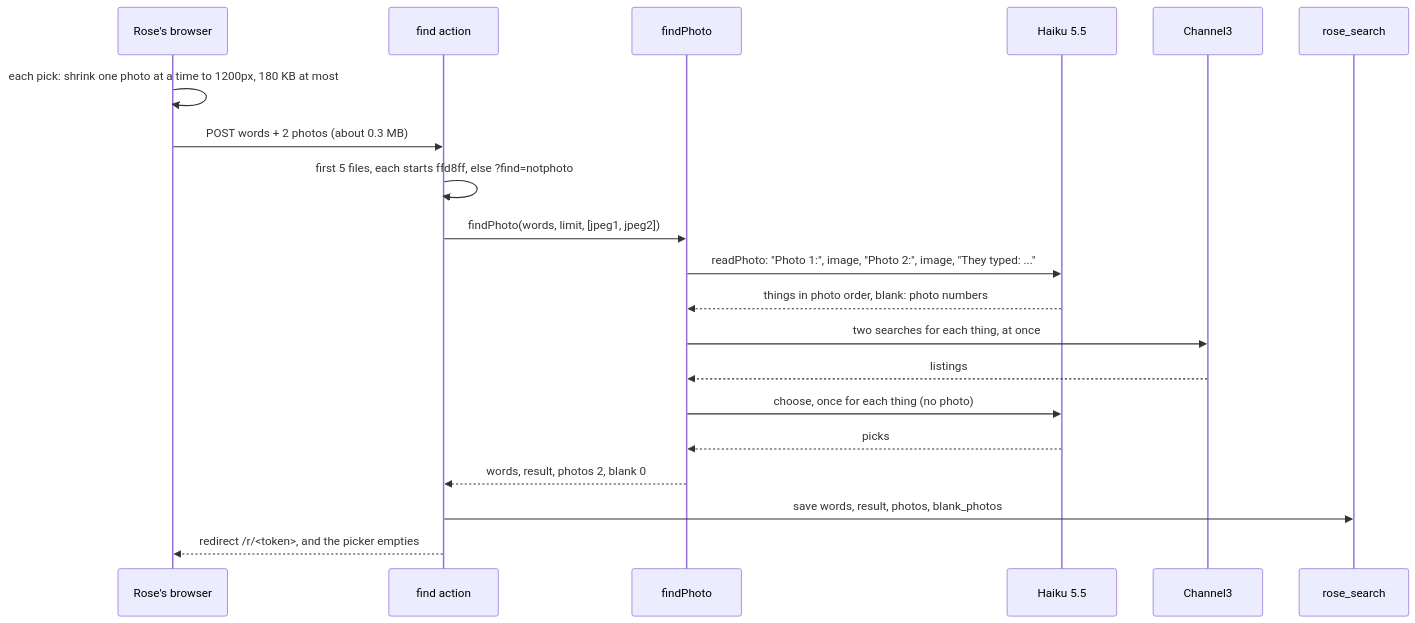
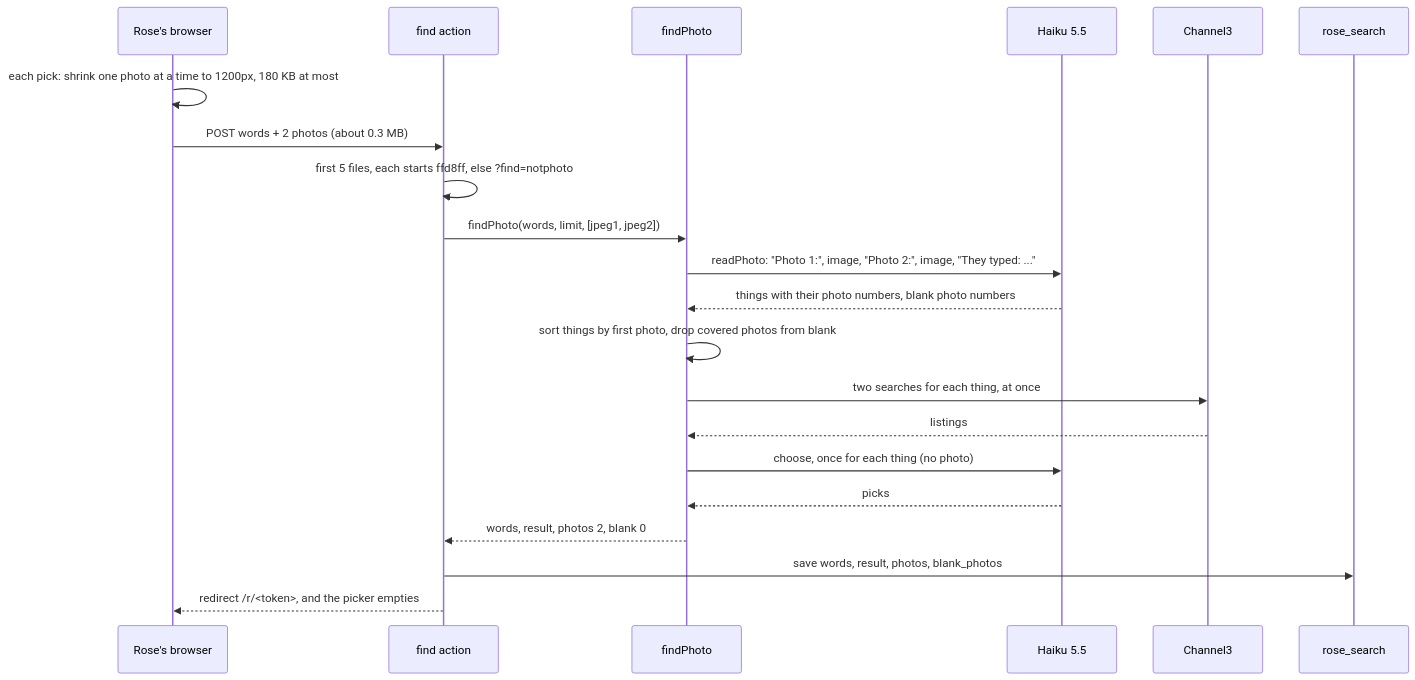
Before and after one commit to dzaffren/kincart: the fifth of 7 diagrams in docs/specs/photo-ask-several.md, drawn with Mermaid. The commit also changed other lines of this file, not shown here.

Commit message:
docs(spec): settle photo-ask-several's O11 and O12, and mark it refined

````diff
--- a/docs/specs/photo-ask-several.md
+++ b/docs/specs/photo-ask-several.md
@@ -205,22 +205,23 @@
 ```mermaid
 sequenceDiagram
     participant R as Rose's browser
     participant A as find action
     participant F as findPhoto
     participant H as Haiku 5.5
     participant C as Channel3
     participant D as rose_search
     R->>R: each pick: shrink one photo at a time to 1200px, 180 KB at most
     R->>A: POST words + 2 photos (about 0.3 MB)
     A->>A: first 5 files, each starts ffd8ff, else ?find=notphoto
     A->>F: findPhoto(words, limit, [jpeg1, jpeg2])
     F->>H: readPhoto: "Photo 1:", image, "Photo 2:", image, "They typed: ..."
-    H-->>F: things in photo order, blank: photo numbers
+    H-->>F: things with their photo numbers, blank photo numbers
+    F->>F: sort things by first photo, drop covered photos from blank
     F->>C: two searches for each thing, at once
     C-->>F: listings
     F->>H: choose, once for each thing (no photo)
     H-->>F: picks
     F-->>A: words, result, photos 2, blank 0
     A->>D: save words, result, photos, blank_photos
     A-->>R: redirect /r/<token>, and the picker empties
 ```
````
